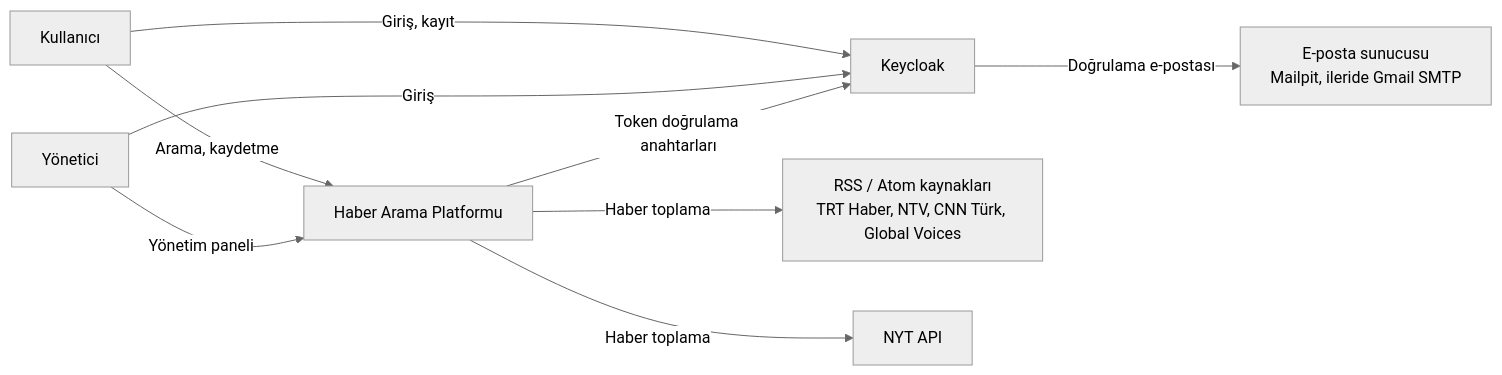
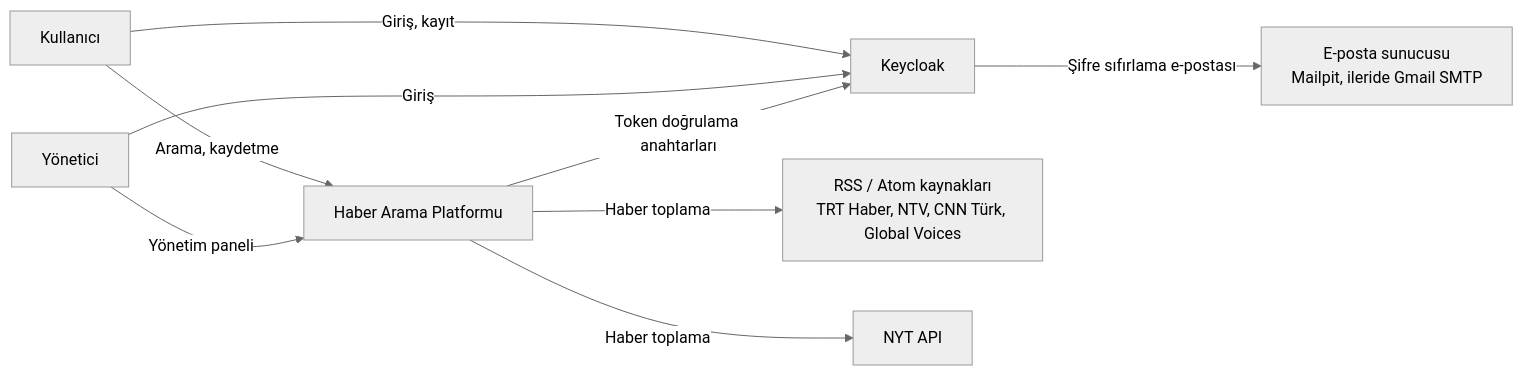
The first of 8 diagrams in docs/04-mimari.md (FallErdem/haber-arama-platformu), drawn with Mermaid (neutral theme) before and after one commit. The commit also changed other lines of this file and 5 other files, not shown here.

````diff
--- a/docs/04-mimari.md
+++ b/docs/04-mimari.md
@@ -27,19 +27,19 @@
 ```mermaid
 flowchart LR
     kullanici["Kullanıcı"]
     yonetici["Yönetici"]
     sistem["Haber Arama Platformu"]
     keycloak["Keycloak"]
     rss["RSS / Atom kaynakları<br/>TRT Haber, NTV, CNN Türk, Global Voices"]
     nyt["NYT API"]
     smtp["E-posta sunucusu<br/>Mailpit, ileride Gmail SMTP"]
 
     kullanici -->|Arama, kaydetme| sistem
     yonetici -->|Yönetim paneli| sistem
     kullanici -->|Giriş, kayıt| keycloak
     yonetici -->|Giriş| keycloak
     sistem -->|Token doğrulama anahtarları| keycloak
     sistem -->|Haber toplama| rss
     sistem -->|Haber toplama| nyt
-    keycloak -->|Doğrulama e-postası| smtp
+    keycloak -->|Şifre sıfırlama e-postası| smtp
 ```
````
